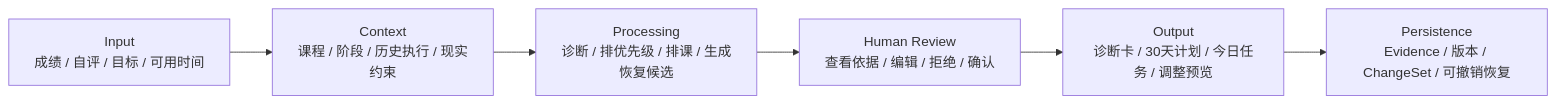
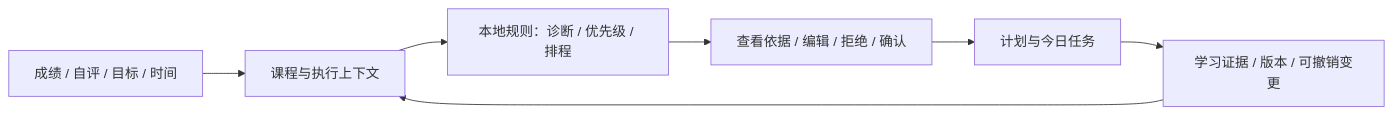
One commit to 3555489035ppx-wq/ai-learning-planner changed the diagram in README.md. Above: the diagram before and after it, drawn with Mermaid. The commit also changed other lines of this file, not shown here.

````diff
--- a/README.md
+++ b/README.md
@@ -60,8 +38,9 @@
 ```mermaid
 flowchart LR
-  A[Input<br/>成绩 / 自评 / 目标 / 可用时间] --> B[Context<br/>课程 / 阶段 / 历史执行 / 现实约束]
-  B --> C[Processing<br/>诊断 / 排优先级 / 排课 / 生成恢复候选]
-  C --> D[Human Review<br/>查看依据 / 编辑 / 拒绝 / 确认]
-  D --> E[Output<br/>诊断卡 / 30天计划 / 今日任务 / 调整预览]
-  E --> F[Persistence<br/>Evidence / 版本 / ChangeSet / 可撤销恢复]
+  A[成绩 / 自评 / 目标 / 时间] --> B[课程与执行上下文]
+  B --> C[本地规则：诊断 / 优先级 / 排程]
+  C --> D[查看依据 / 编辑 / 拒绝 / 确认]
+  D --> E[计划与今日任务]
+  E --> F[学习证据 / 版本 / 可撤销变更]
+  F --> B
 ```
````
